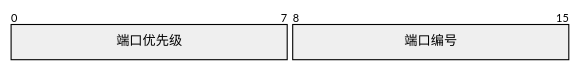
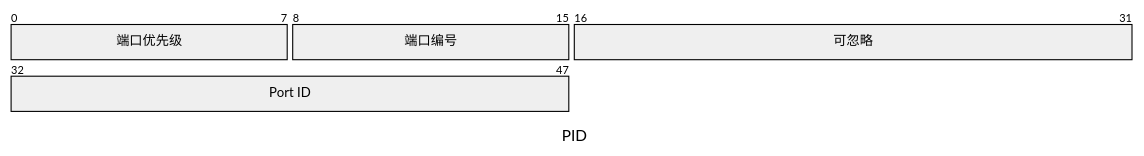
Before and after one commit to kyriejoshua/network-protocol-notes: the fifth of 9 diagrams in lib/底层网络知识之从二层到三层/Network Topology.md, drawn with Mermaid. The commit also changed other lines of this file, not shown here.

````diff
--- a/lib/底层网络知识之从二层到三层/Network Topology.md
+++ b/lib/底层网络知识之从二层到三层/Network Topology.md
@@ -58,5 +149,10 @@
 ```mermaid
+---
+title: PID
+---
 packet-beta
 0-7: "端口优先级"
 8-15: "端口编号"
+16-31: "可忽略"
+32-47: "Port ID"
 ```
````
